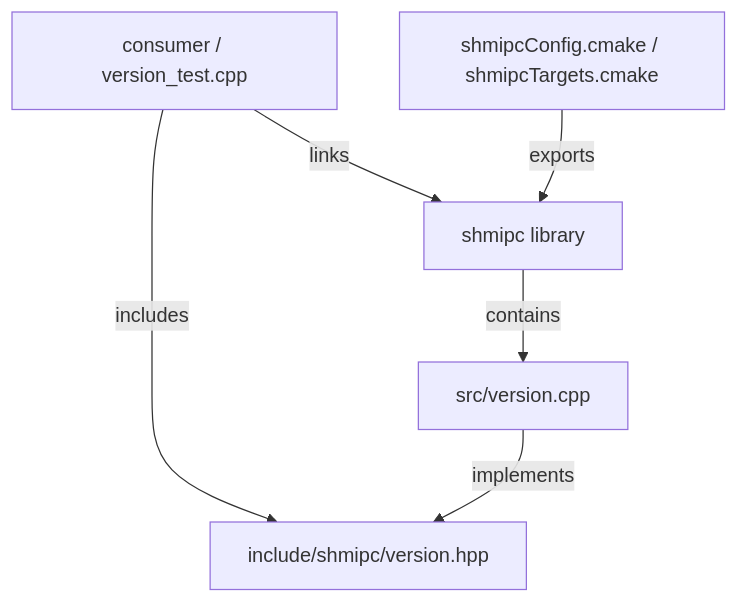
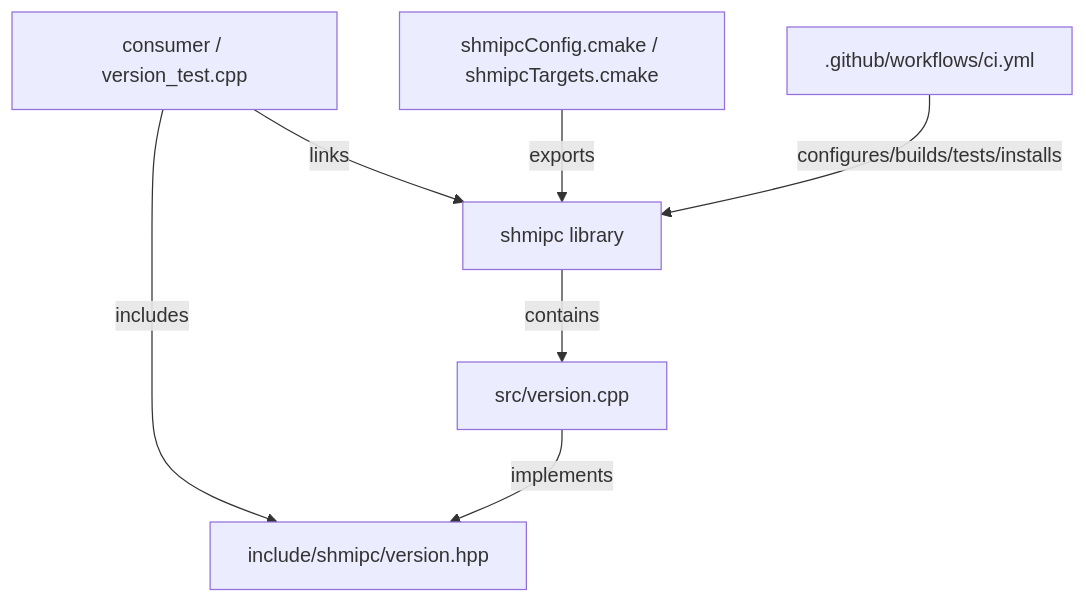
The first of 5 diagrams in arch_docs/graphs/relations.md (supermanc88/shmipc-cpp), drawn with Mermaid before and after one commit. The commit also changed 7 other files, not shown here.

````diff
--- a/arch_docs/graphs/relations.md
+++ b/arch_docs/graphs/relations.md
@@ -5,14 +5,16 @@
 ```mermaid
 graph TD
   consumer["consumer / version_test.cpp"]
   public["include/shmipc/version.hpp"]
   library["shmipc library"]
   implementation["src/version.cpp"]
   package["shmipcConfig.cmake / shmipcTargets.cmake"]
+  ci[".github/workflows/ci.yml"]
 
   consumer -- includes --> public
   consumer -- links --> library
   implementation -- implements --> public
   library -- contains --> implementation
   package -- exports --> library
+  ci -- configures/builds/tests/installs --> library
 ```
````
